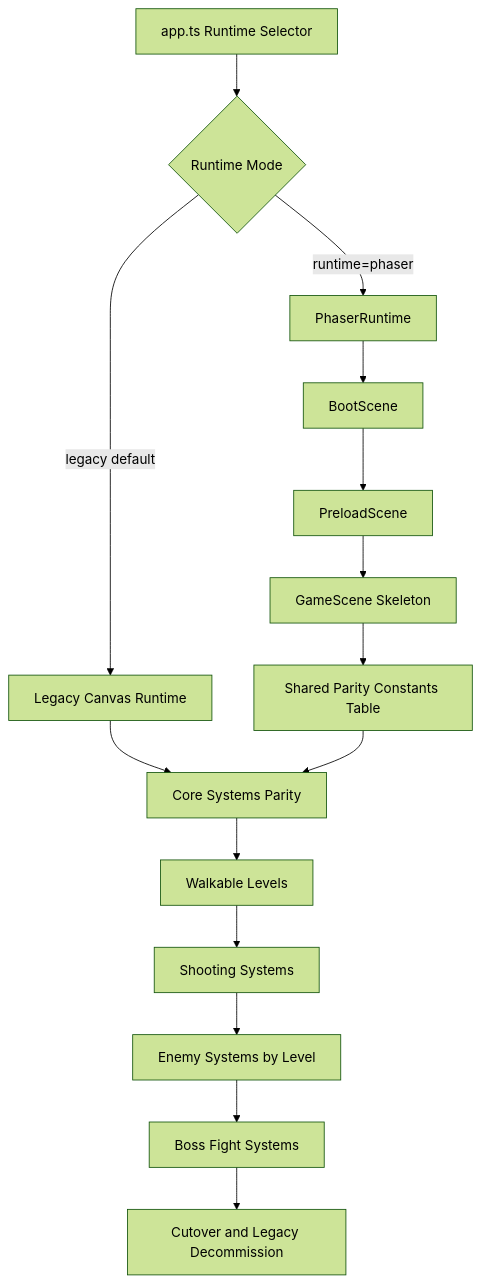
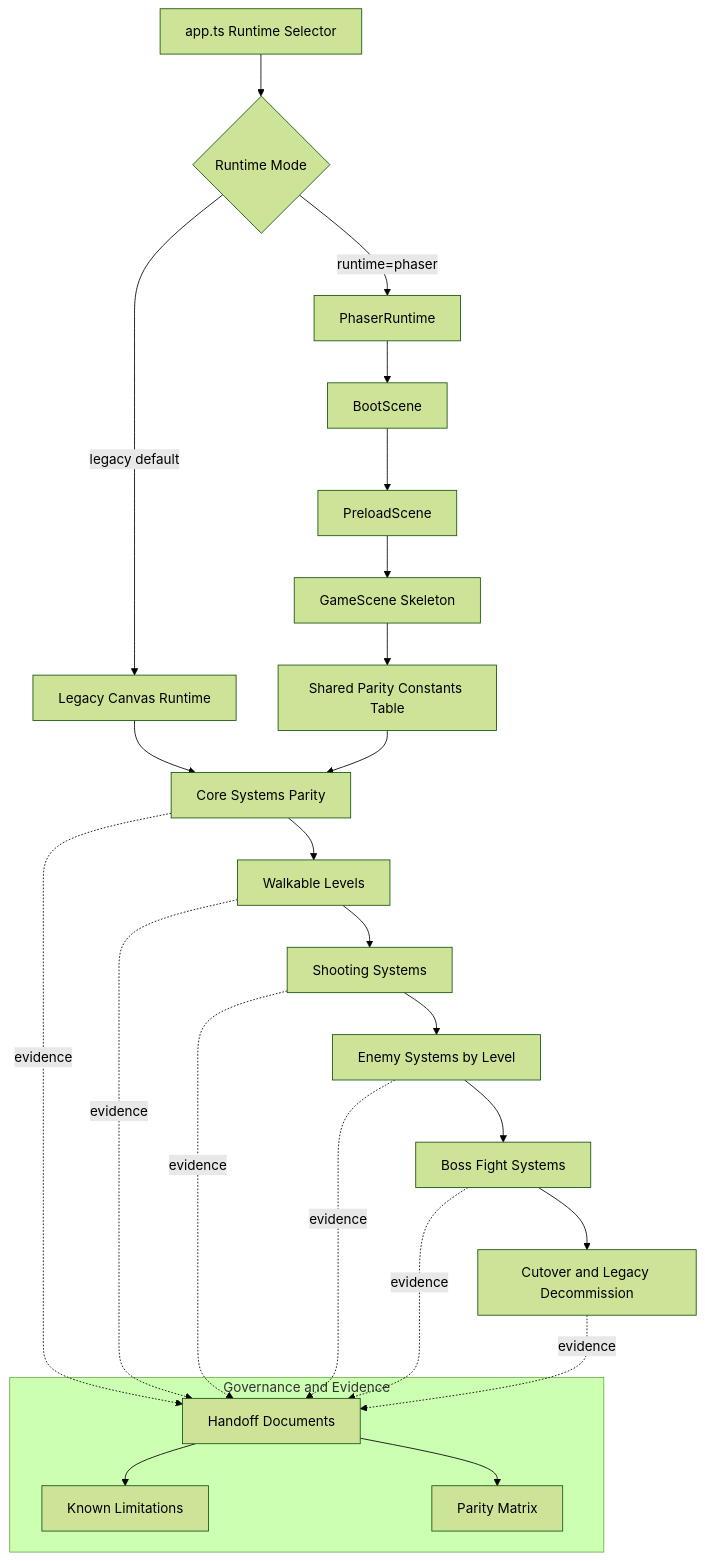
One commit to PatBaruch/VirusVanguardPhaser changed the diagram in docs/architecture/phaser-migration.mmd. Above: the diagram before and after it, drawn with Mermaid (forest theme). The commit also changed 5 other files, not shown here.

Commit message:
feat(parity:PR-007): scaffold migration governance documentation

```diff
--- a/docs/architecture/phaser-migration.mmd
+++ b/docs/architecture/phaser-migration.mmd
@@ -1,15 +1,30 @@
 flowchart TD
   A[app.ts Runtime Selector] --> B{Runtime Mode}
   B -->|legacy default| C[Legacy Canvas Runtime]
   B -->|runtime=phaser| D[PhaserRuntime]
   D --> D1[BootScene]
   D1 --> D2[PreloadScene]
   D2 --> D3[GameScene Skeleton]
   D3 --> D4[Shared Parity Constants Table]
   C --> E[Core Systems Parity]
   D4 --> E
   E --> F[Walkable Levels]
   F --> G[Shooting Systems]
   G --> H[Enemy Systems by Level]
   H --> I[Boss Fight Systems]
   I --> J[Cutover and Legacy Decommission]
+
+  subgraph Governance[Governance and Evidence]
+    K[Handoff Documents]
+    L[Known Limitations]
+    M[Parity Matrix]
+  end
+
+  E -.evidence.-> K
+  F -.evidence.-> K
+  G -.evidence.-> K
+  H -.evidence.-> K
+  I -.evidence.-> K
+  J -.evidence.-> K
+  K --> L
+  K --> M
```
